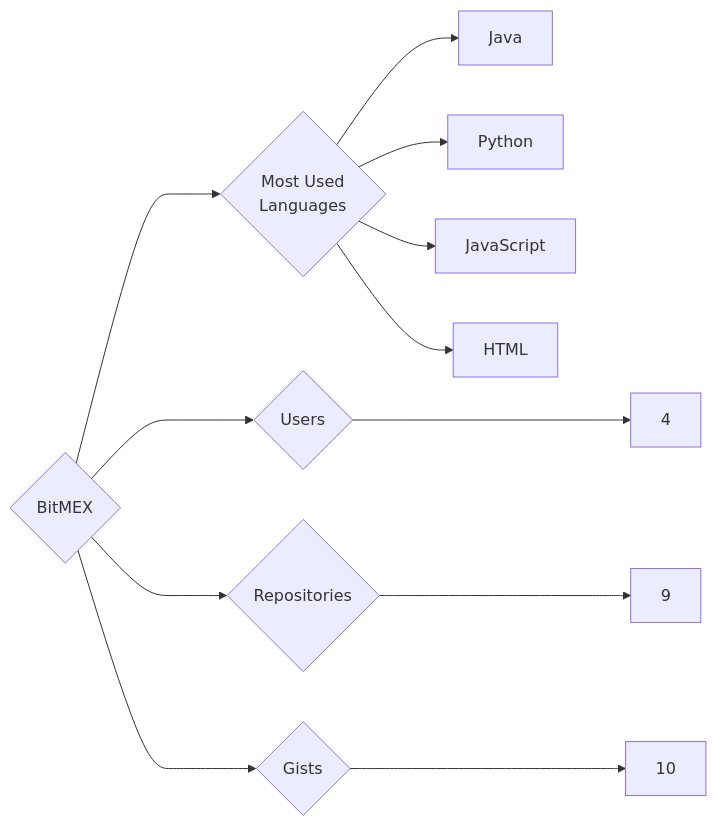
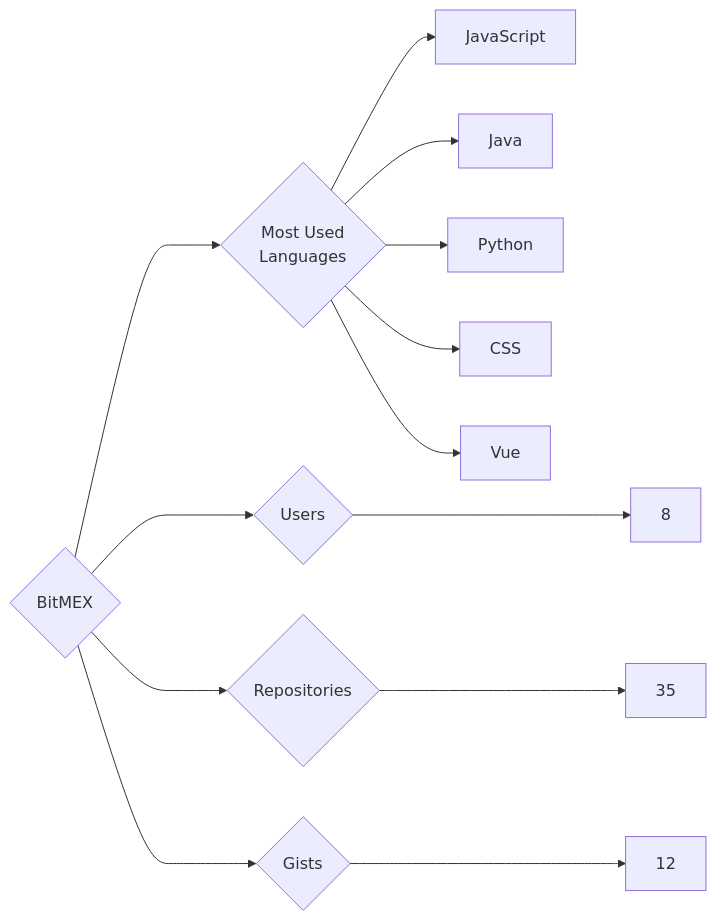
Before and after one commit to trickest/insiders: the diagram in targets/BitMEX/README.md, drawn with Mermaid. The commit also changed 997 other files, not shown here.

````diff
--- a/targets/BitMEX/README.md
+++ b/targets/BitMEX/README.md
@@ -3,12 +3,13 @@
 ```mermaid
 graph LR
 COMPANY_NAME{BitMEX}
-COMPANY_NAME ---> U{Users} ---> UN[4]
-COMPANY_NAME ---> R{Repositories} ---> RN[9]
-COMPANY_NAME ---> G{Gists} ---> GN[10]
+COMPANY_NAME ---> U{Users} ---> UN[8]
+COMPANY_NAME ---> R{Repositories} ---> RN[35]
+COMPANY_NAME ---> G{Gists} ---> GN[12]
 COMPANY_NAME ---> ML{Most Used<br>Languages}
+ML --> JavaScript[JavaScript]
 ML --> Java[Java]
 ML --> Python[Python]
-ML --> JavaScript[JavaScript]
-ML --> HTML[HTML]
+ML --> CSS[CSS]
+ML --> Vue[Vue]
 ```
````
